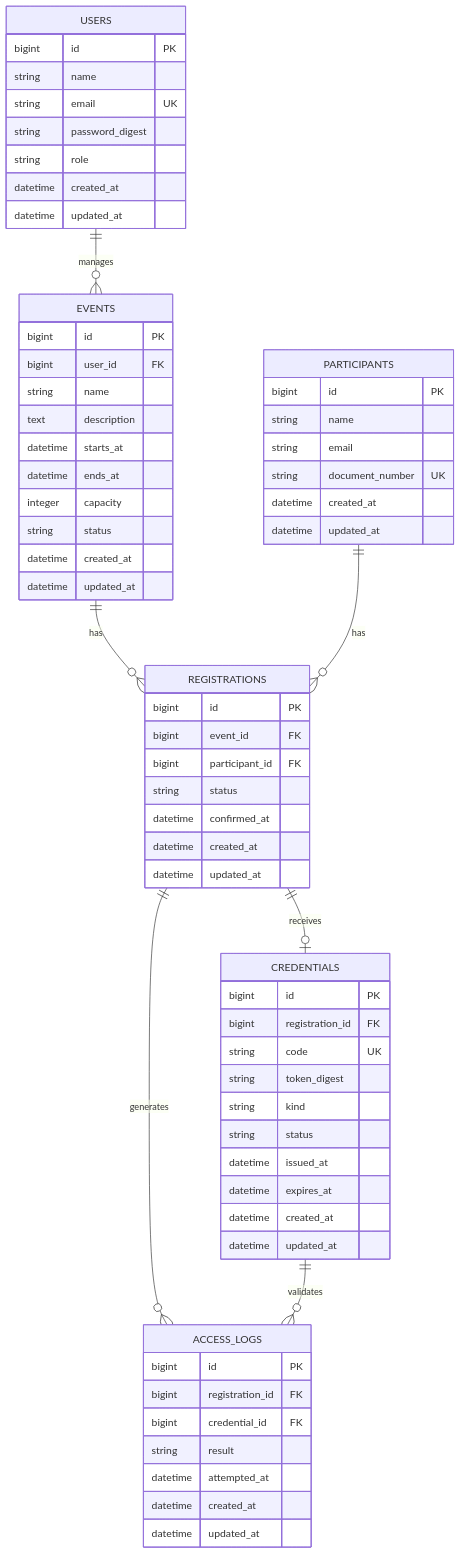
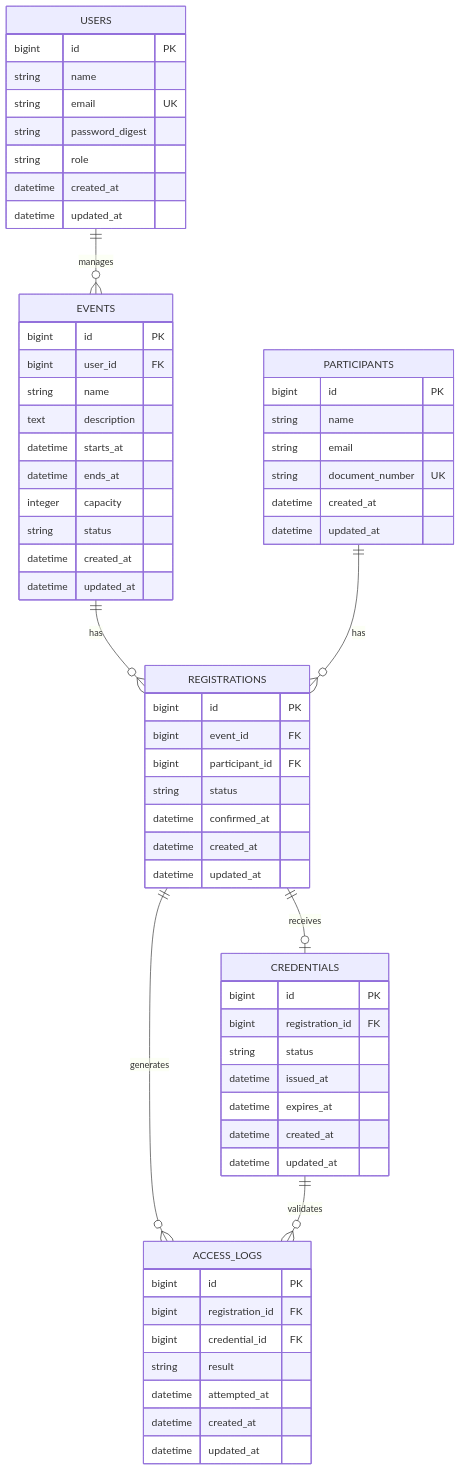
The diagram in docs/diagrams/erd.md (gabrielloyola/crudential), drawn with Mermaid before and after one commit. The commit also changed 5 other files, not shown here.

````diff
--- a/docs/diagrams/erd.md
+++ b/docs/diagrams/erd.md
@@ -1,74 +1,71 @@
 ```mermaid
 erDiagram
     USERS ||--o{ EVENTS : manages
     EVENTS ||--o{ REGISTRATIONS : has
     PARTICIPANTS ||--o{ REGISTRATIONS : has
     REGISTRATIONS ||--o| CREDENTIALS : receives
     REGISTRATIONS ||--o{ ACCESS_LOGS : generates
     CREDENTIALS ||--o{ ACCESS_LOGS : validates
 
     USERS {
         bigint id PK
         string name
         string email UK
         string password_digest
         string role
         datetime created_at
         datetime updated_at
     }
 
     EVENTS {
         bigint id PK
         bigint user_id FK
         string name
         text description
         datetime starts_at
         datetime ends_at
         integer capacity
         string status
         datetime created_at
         datetime updated_at
     }
 
     PARTICIPANTS {
         bigint id PK
         string name
         string email
         string document_number UK
         datetime created_at
         datetime updated_at
     }
 
     REGISTRATIONS {
         bigint id PK
         bigint event_id FK
         bigint participant_id FK
         string status
         datetime confirmed_at
         datetime created_at
         datetime updated_at
     }
 
     CREDENTIALS {
         bigint id PK
         bigint registration_id FK
-        string code UK
-        string token_digest
-        string kind
         string status
         datetime issued_at
         datetime expires_at
         datetime created_at
         datetime updated_at
     }
 
     ACCESS_LOGS {
         bigint id PK
         bigint registration_id FK
         bigint credential_id FK
         string result
         datetime attempted_at
         datetime created_at
         datetime updated_at
     }
 ```
````
